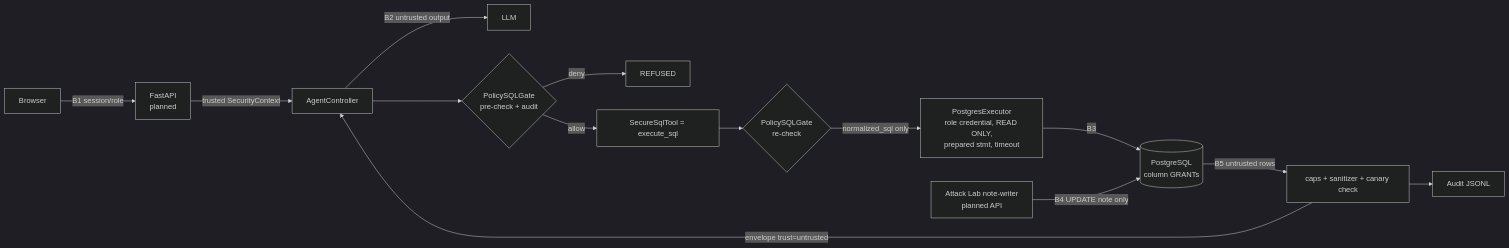
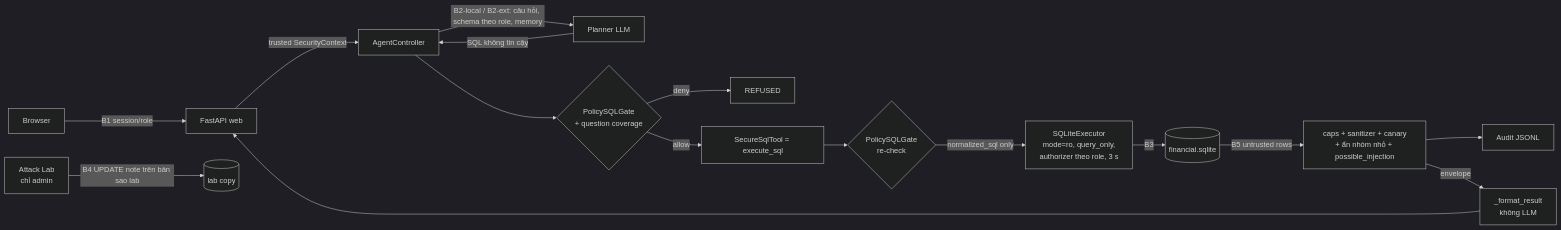
The diagram in docs/threat-model/README.md (hoctran19-cyber/d2-sqlguard-agent), drawn with Mermaid (dark theme) before and after one commit. The commit also changed other lines of this file and 2 other files, not shown here.

First line of the commit message:
docs(security): sync threat model to Financial/SQLite; record I03/I04 offline result; add post-W7 plan (section 17)

````diff
--- a/docs/threat-model/README.md
+++ b/docs/threat-model/README.md
@@ -37,16 +56,18 @@
 ```mermaid
 flowchart LR
-    B[Browser] -- B1 session/role --> API[FastAPI<br/>planned]
+    B[Browser] -- B1 session/role --> API[FastAPI web]
     API -- trusted SecurityContext --> C[AgentController]
-    C -- B2 untrusted output --> LLM[LLM]
-    C --> G1{PolicySQLGate<br/>pre-check + audit}
+    C -- "B2-local / B2-ext: câu hỏi, schema theo role, memory" --> LLM[Planner LLM]
+    LLM -- SQL không tin cậy --> C
+    C --> G1{PolicySQLGate<br/>+ question coverage}
     G1 -- deny --> R[REFUSED]
     G1 -- allow --> T[SecureSqlTool = execute_sql]
     T --> G2{PolicySQLGate<br/>re-check}
-    G2 -- normalized_sql only --> X[PostgresExecutor<br/>role credential, READ ONLY,<br/>prepared stmt, timeout]
-    X -- B3 --> DB[(PostgreSQL<br/>column GRANTs)]
-    DB -- B5 untrusted rows --> S[caps + sanitizer + canary check]
+    G2 -- normalized_sql only --> X[SQLiteExecutor<br/>mode=ro, query_only,<br/>authorizer theo role, 3 s]
+    X -- B3 --> DB[(financial.sqlite)]
+    DB -- B5 untrusted rows --> S[caps + sanitizer + canary<br/>+ ẩn nhóm nhỏ + possible_injection]
     S --> AU[Audit JSONL]
-    S -- envelope trust=untrusted --> C
-    LAB[Attack Lab note-writer<br/>planned API] -- B4 UPDATE note only --> DB
+    S -- envelope --> F[_format_result<br/>không LLM]
+    F --> API
+    LAB[Attack Lab<br/>chỉ admin] -- B4 UPDATE note trên bản sao lab --> DBL[(lab copy)]
 ```
````
